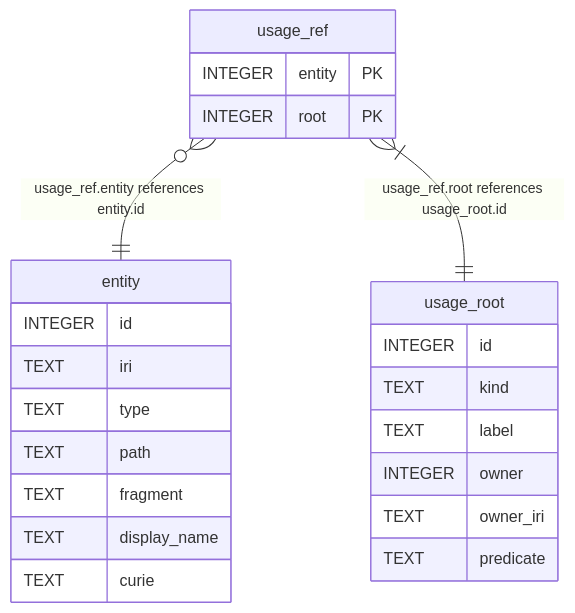
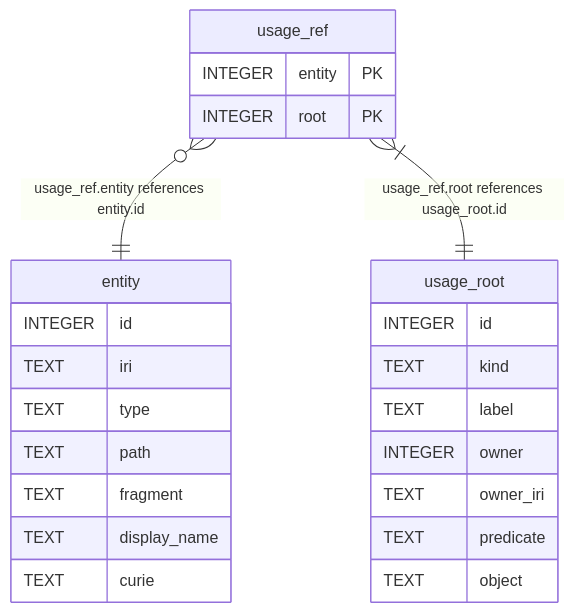
One commit to jclerman/browl changed the diagram in docs/schema/derived/usage_ref.md. Above: the diagram before and after it, drawn with Mermaid. The commit also changed 51 other files, not shown here.

````diff
--- a/docs/schema/derived/usage_ref.md
+++ b/docs/schema/derived/usage_ref.md
@@ -43,28 +43,29 @@
 ```mermaid
 erDiagram
 
 "usage_ref" }o--|| "entity" : "usage_ref.entity references entity.id"
 "usage_ref" }|--|| "usage_root" : "usage_ref.root references usage_root.id"
 
 "usage_ref" {
   INTEGER entity PK
   INTEGER root PK
 }
 "entity" {
   INTEGER id
   TEXT iri
   TEXT type
   TEXT path
   TEXT fragment
   TEXT display_name
   TEXT curie
 }
 "usage_root" {
   INTEGER id
   TEXT kind
   TEXT label
   INTEGER owner
   TEXT owner_iri
   TEXT predicate
+  TEXT object
 }
 ```
````
